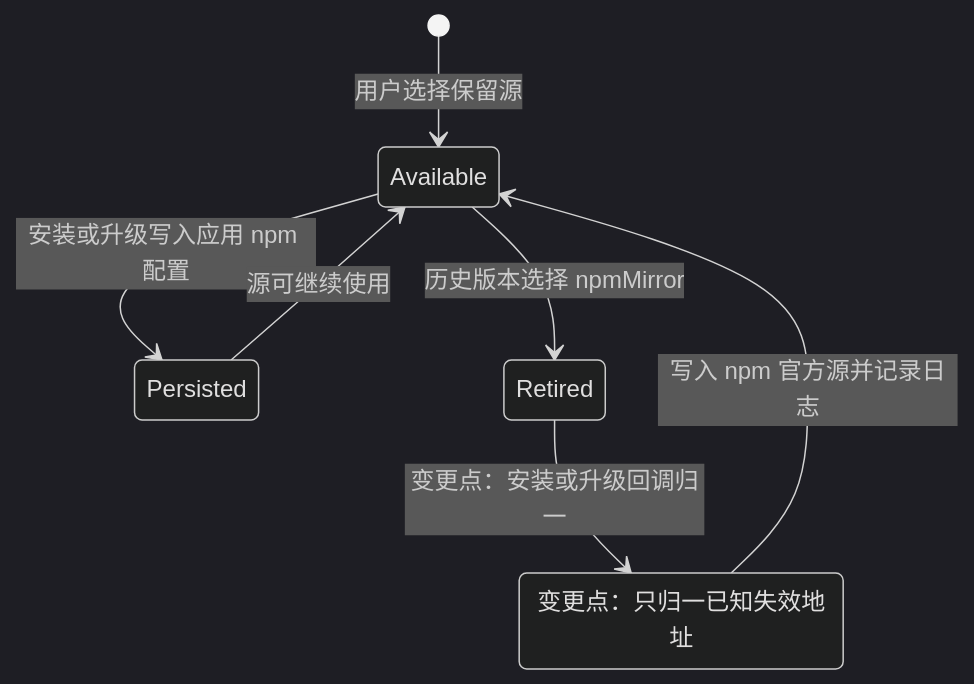
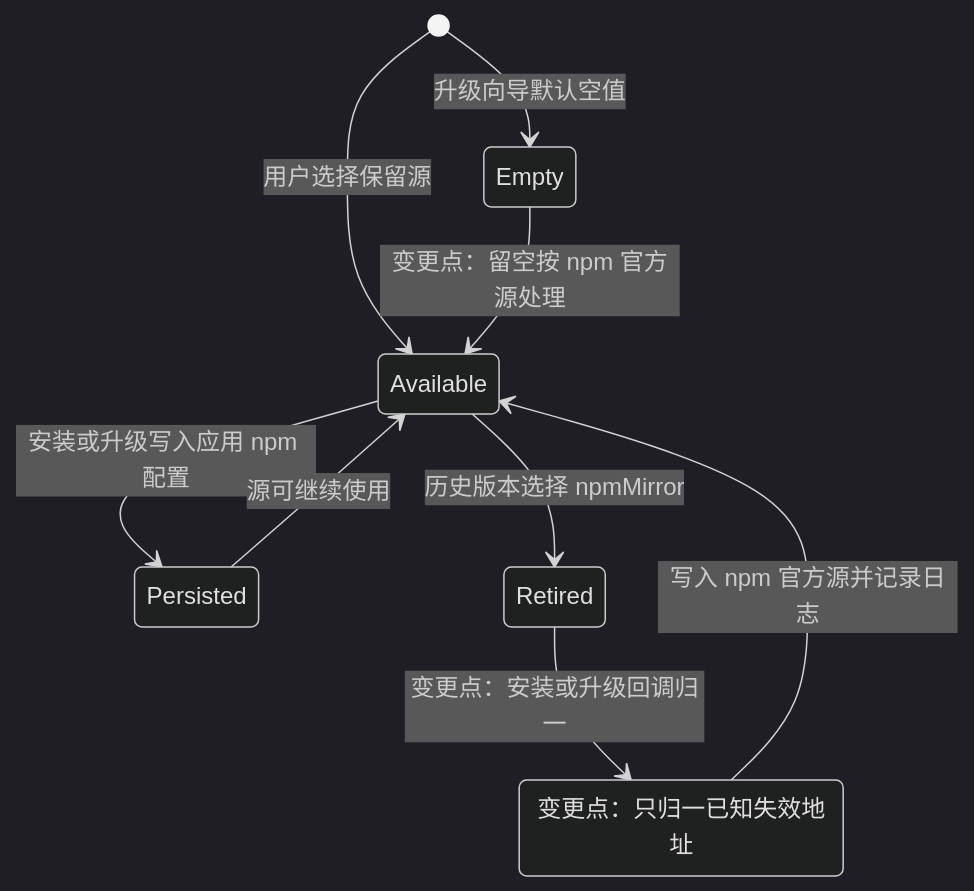
The first of 2 diagrams in docs/requirements/FNOS-055-invalid-npm-mirror-removal.md (FNOSP/fnos-dsh), drawn with Mermaid (dark theme) before and after one commit. The commit also changed other lines of this file and 17 other files, not shown here.

````diff
--- a/docs/requirements/FNOS-055-invalid-npm-mirror-removal.md
+++ b/docs/requirements/FNOS-055-invalid-npm-mirror-removal.md
@@ -100,10 +112,12 @@
 ```mermaid
 stateDiagram-v2
   [*] --> Available: 用户选择保留源
+  [*] --> Empty: 升级向导默认空值
+  Empty --> Available: 变更点：留空按 npm 官方源处理
   Available --> Persisted: 安装或升级写入应用 npm 配置
   Available --> Retired: 历史版本选择 npmMirror
   Retired --> Normalized: 变更点：安装或升级回调归一
   Normalized --> Available: 写入 npm 官方源并记录日志
   Persisted --> Available: 源可继续使用
   Normalized: 变更点：只归一已知失效地址
 ```
````
